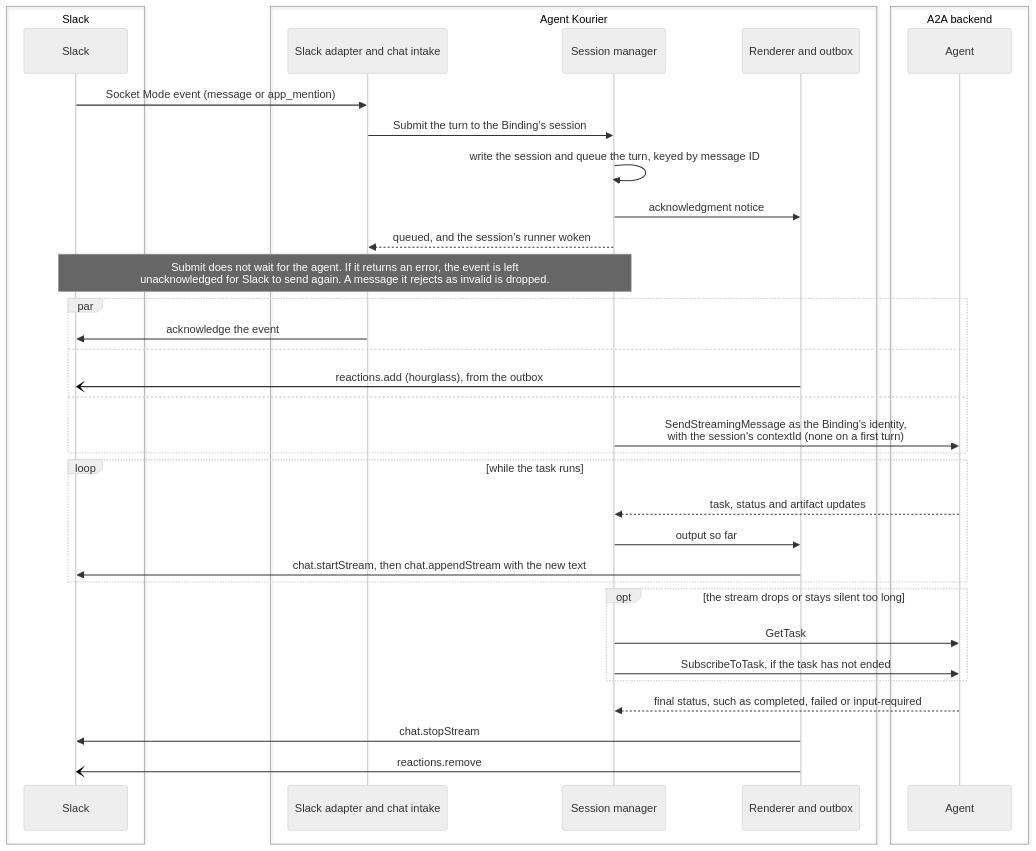
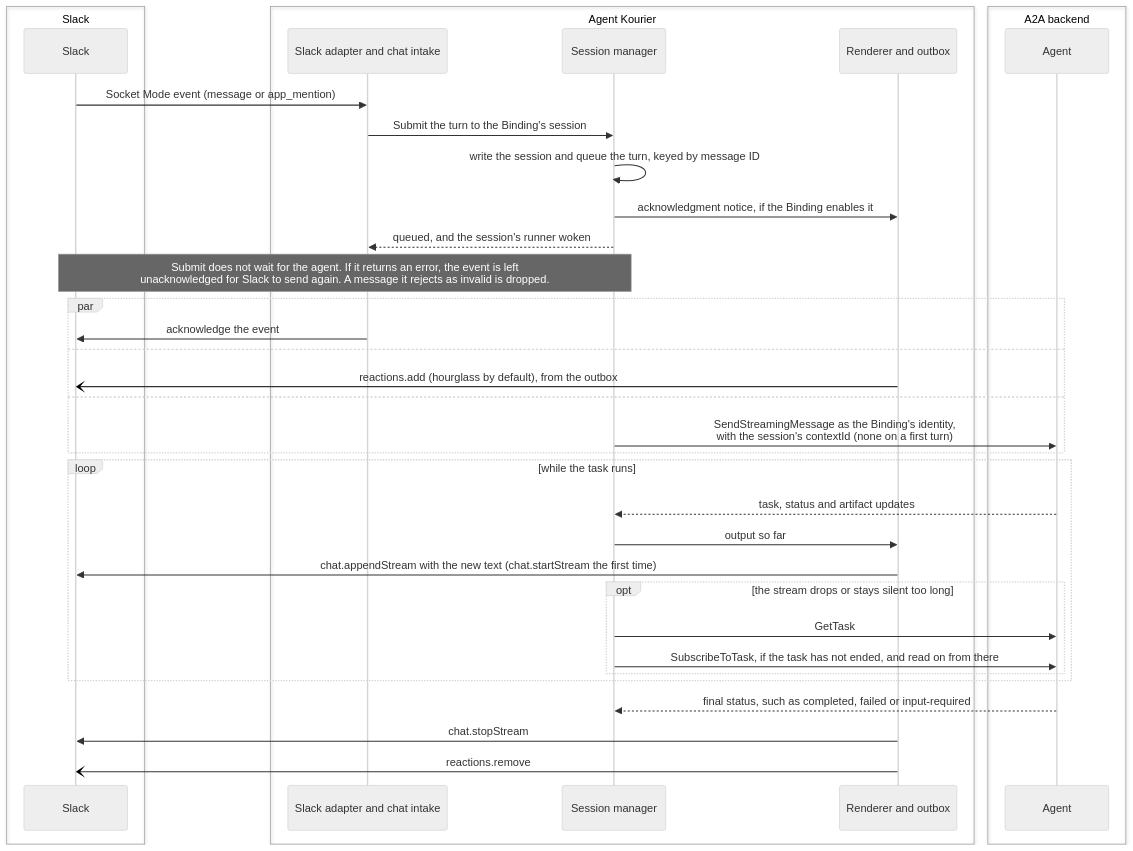
One commit to agentkourier/agent-kourier changed the fourth of 5 diagrams in docs/explanation/architecture.md. Above: the diagram before and after it, drawn with Mermaid (neutral theme). The commit also changed other lines of this file, not shown here.

First line of the commit message:
docs(architecture): correct the sequence diagrams after review

````diff
--- a/docs/explanation/architecture.md
+++ b/docs/explanation/architecture.md
@@ -127,39 +127,39 @@
 ```mermaid
 sequenceDiagram
     box Slack
         participant S as Slack
     end
     box Agent Kourier
         participant A as Slack adapter and chat intake
         participant M as Session manager
         participant R as Renderer and outbox
     end
     box A2A backend
         participant G as Agent
     end
     S->>A: Socket Mode event (message or app_mention)
     A->>M: Submit the turn to the Binding's session
     M->>M: write the session and queue the turn, keyed by message ID
-    M->>R: acknowledgment notice
+    M->>R: acknowledgment notice, if the Binding enables it
     M-->>A: queued, and the session's runner woken
     Note over S,M: Submit does not wait for the agent. If it returns an error, the event is left<br/>unacknowledged for Slack to send again. A message it rejects as invalid is dropped.
     par
         A->>S: acknowledge the event
     and
-        R-)S: reactions.add (hourglass), from the outbox
+        R-)S: reactions.add (hourglass by default), from the outbox
     and
         M->>G: SendStreamingMessage as the Binding's identity,<br/>with the session's contextId (none on a first turn)
     end
     loop while the task runs
         G-->>M: task, status and artifact updates
         M->>R: output so far
-        R->>S: chat.startStream, then chat.appendStream with the new text
-    end
-    opt the stream drops or stays silent too long
-        M->>G: GetTask
-        M->>G: SubscribeToTask, if the task has not ended
+        R->>S: chat.appendStream with the new text (chat.startStream the first time)
+        opt the stream drops or stays silent too long
+            M->>G: GetTask
+            M->>G: SubscribeToTask, if the task has not ended, and read on from there
+        end
     end
     G-->>M: final status, such as completed, failed or input-required
     R->>S: chat.stopStream
     R-)S: reactions.remove
 ```
````
